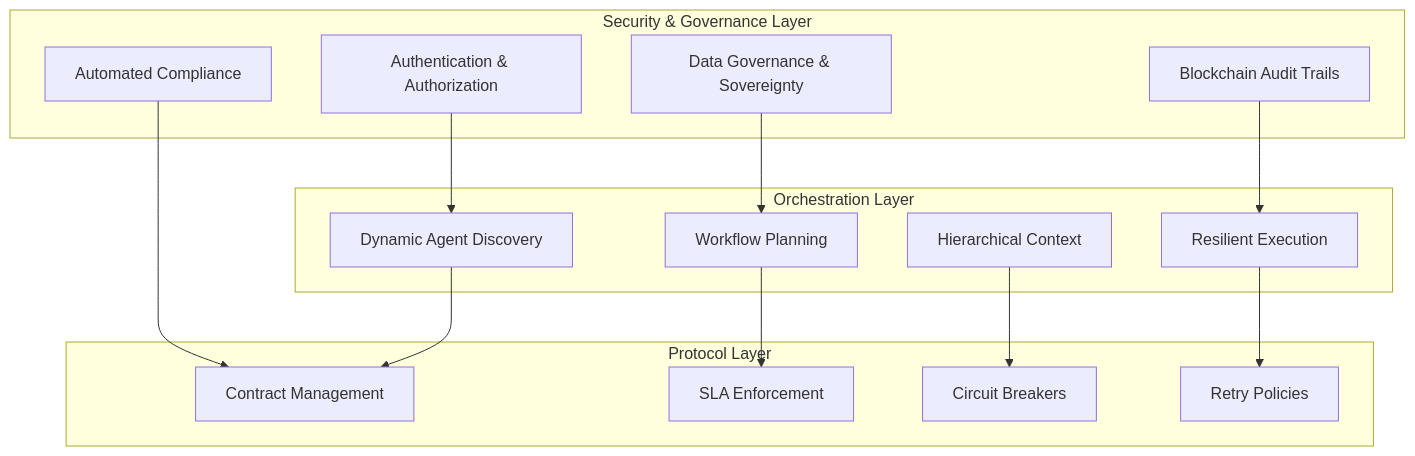
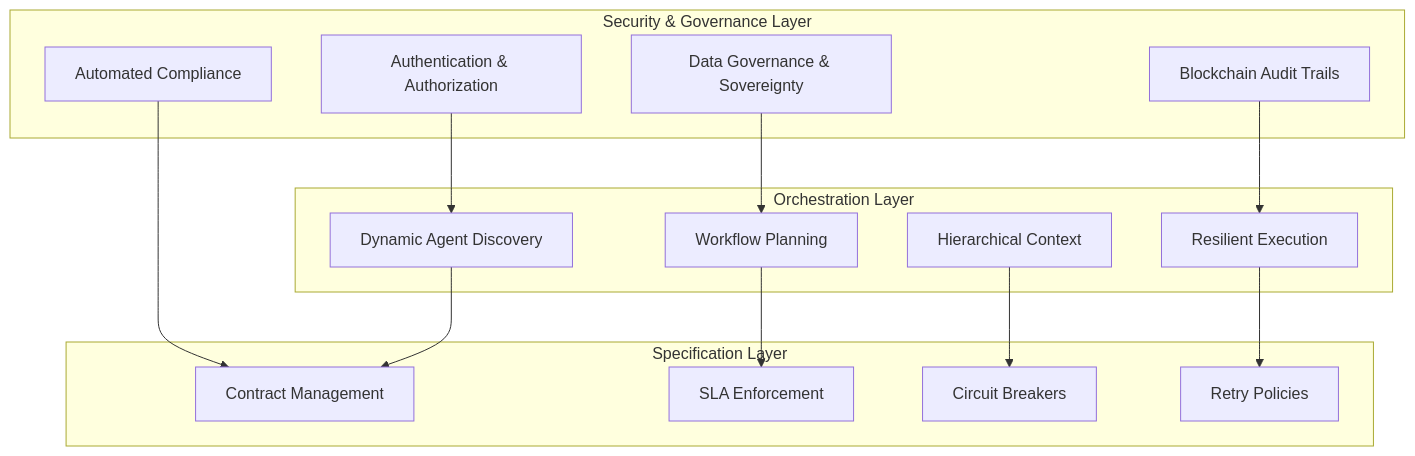
The diagram in docs/overview/overview.md (finos-labs/open-eago), drawn with Mermaid before and after one commit. The commit also changed other lines of this file and 42 other files, not shown here.

````diff
--- a/docs/overview/overview.md
+++ b/docs/overview/overview.md
@@ -81,33 +81,33 @@
 ```mermaid
 graph TB
     subgraph "Security & Governance Layer"
         Auth[Authentication & Authorization]
         DataGov[Data Governance & Sovereignty]
         Audit[Blockchain Audit Trails]
         Compliance[Automated Compliance]
     end
     
     subgraph "Orchestration Layer"
         Discovery[Dynamic Agent Discovery]
         Planning[Workflow Planning]
         Context[Hierarchical Context]
         Execution[Resilient Execution]
     end
     
-    subgraph "Protocol Layer"
+    subgraph "Specification Layer"
         Contract[Contract Management]
         SLA[SLA Enforcement]
         Circuit[Circuit Breakers]
         Retry[Retry Policies]
     end
     
     Auth --> Discovery
     DataGov --> Planning
     Audit --> Execution
     Compliance --> Contract
     
     Discovery --> Contract
     Planning --> SLA
     Context --> Circuit
     Execution --> Retry
 ```
````
